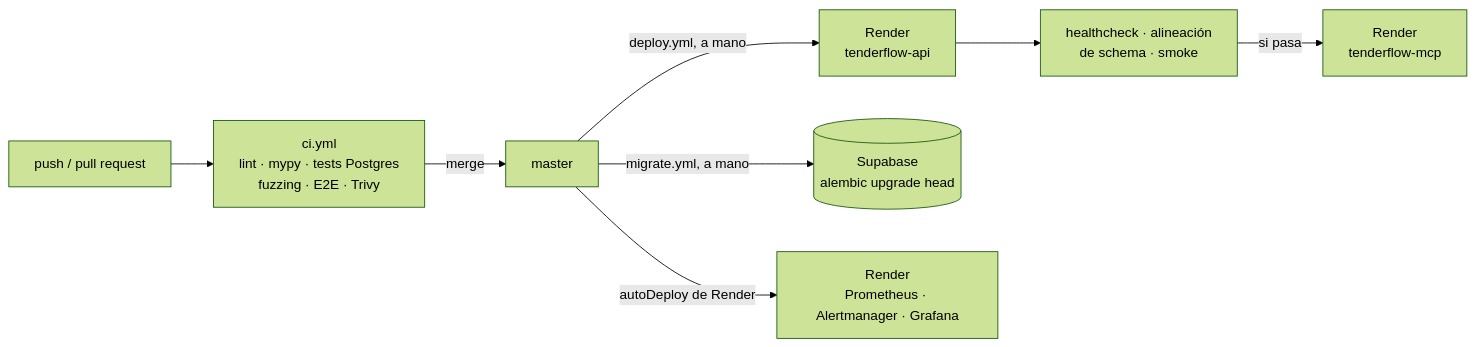
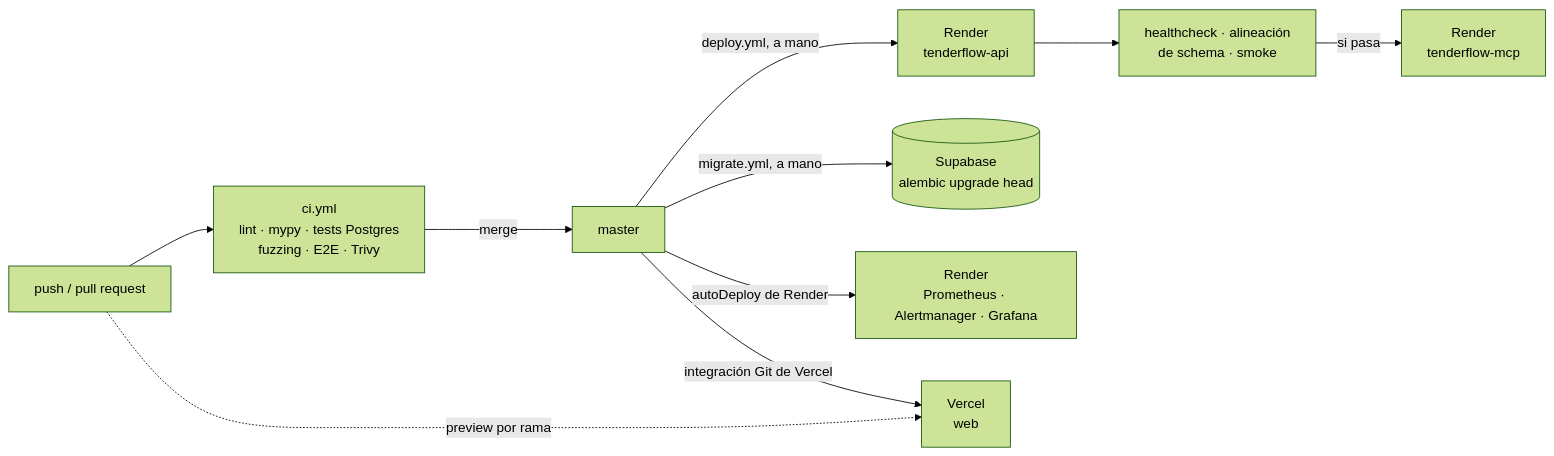
One commit to Dkalds/TenderFlow changed the third of 3 diagrams in README.md. Above: the diagram before and after it, drawn with Mermaid (forest theme). The commit also changed other lines of this file, not shown here.

First line of the commit message:
docs(readme): el frontend se despliega solo en Vercel desde master

````diff
--- a/README.md
+++ b/README.md
@@ -128,10 +128,12 @@
 ```mermaid
 graph LR
     Push["push / pull request"] --> CI["ci.yml<br/>lint · mypy · tests Postgres<br/>fuzzing · E2E · Trivy"]
     CI -->|"merge"| Master["master"]
     Master -->|"deploy.yml, a mano"| API["Render<br/>tenderflow-api"]
     API --> Verif["healthcheck · alineación<br/>de schema · smoke"]
     Verif -->|"si pasa"| MCP["Render<br/>tenderflow-mcp"]
     Master -->|"migrate.yml, a mano"| DB[("Supabase<br/>alembic upgrade head")]
     Master -->|"autoDeploy de Render"| Obs["Render<br/>Prometheus · Alertmanager · Grafana"]
+    Master -->|"integración Git de Vercel"| Web["Vercel<br/>web"]
+    Push -.->|"preview por rama"| Web
 ```
````
